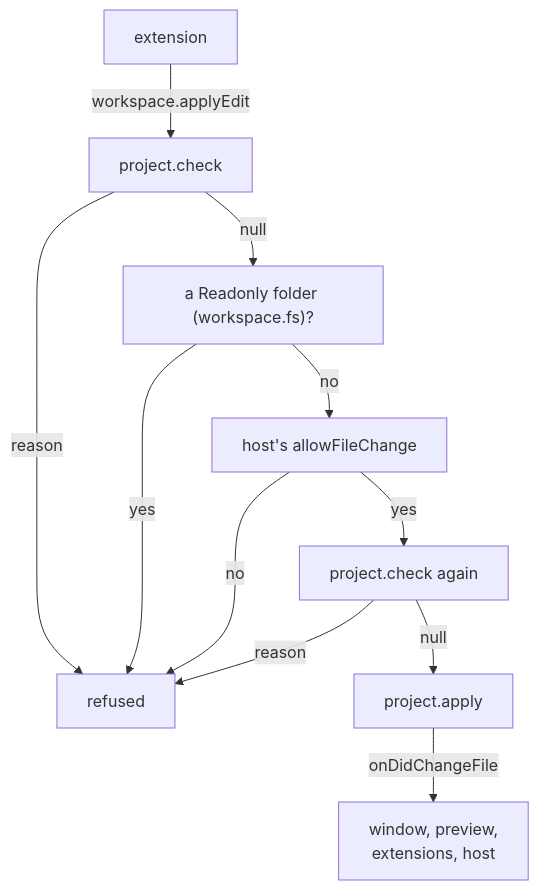
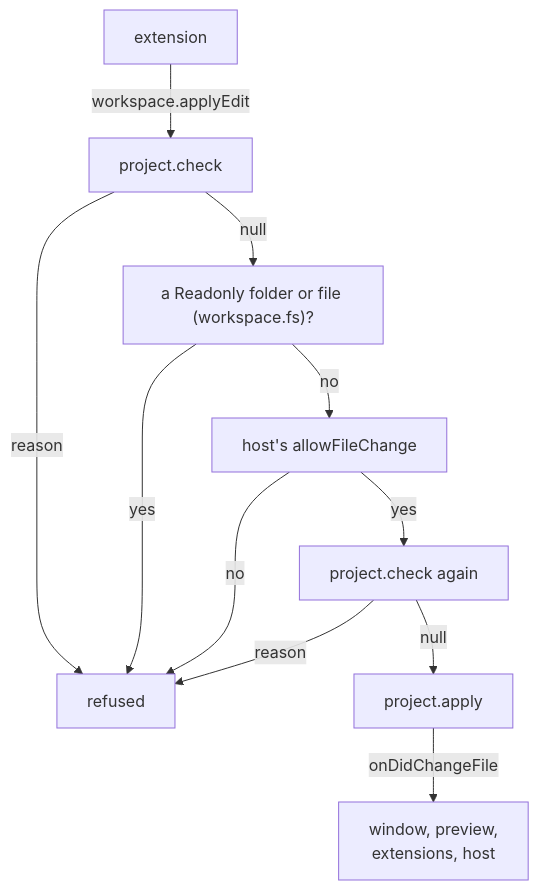
The diagram in docs/diagrams/core-project-change.mmd (sandstorm/zwiebelfisch), drawn with Mermaid before and after one commit. The commit also changed 44 other files, not shown here.

```diff
--- a/docs/diagrams/core-project-change.mmd
+++ b/docs/diagrams/core-project-change.mmd
@@ -1,12 +1,12 @@
 flowchart TD
   ext["extension"] -- "workspace.applyEdit" --> check["project.check"]
   check -- "reason" --> refused["refused"]
-  check -- "null" --> folders["a Readonly folder (workspace.fs)?"]
+  check -- "null" --> folders["a Readonly folder or file (workspace.fs)?"]
   folders -- "yes" --> refused
   folders -- "no" --> veto["host's allowFileChange"]
   veto -- "no" --> refused
   veto -- "yes" --> again["project.check again"]
   again -- "reason" --> refused
   again -- "null" --> apply["project.apply"]
   apply -- "onDidChangeFile" --> followers["`window, preview,
   extensions, host`"]
```
